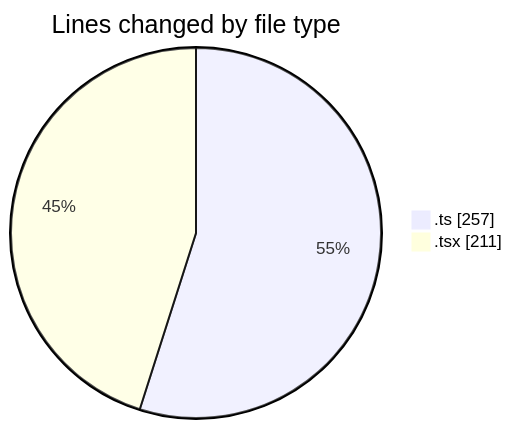
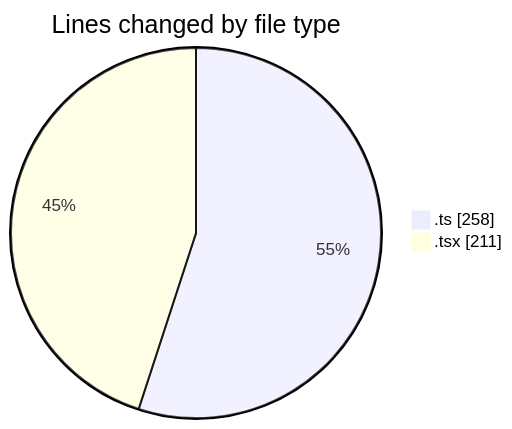
One commit to robertbonfada/code-tracking changed the first of 2 diagrams in 2025-03-11/audiobooks-web/README.md. Above: the diagram before and after it, drawn with Mermaid. The commit also changed other lines of this file and 1 other file, not shown here.

````diff
--- a/2025-03-11/audiobooks-web/README.md
+++ b/2025-03-11/audiobooks-web/README.md
@@ -23,6 +23,6 @@
 ```mermaid
 pie showData
 title Lines changed by file type
-".ts" : 257
+".ts" : 258
 ".tsx" : 211
 ```
````
